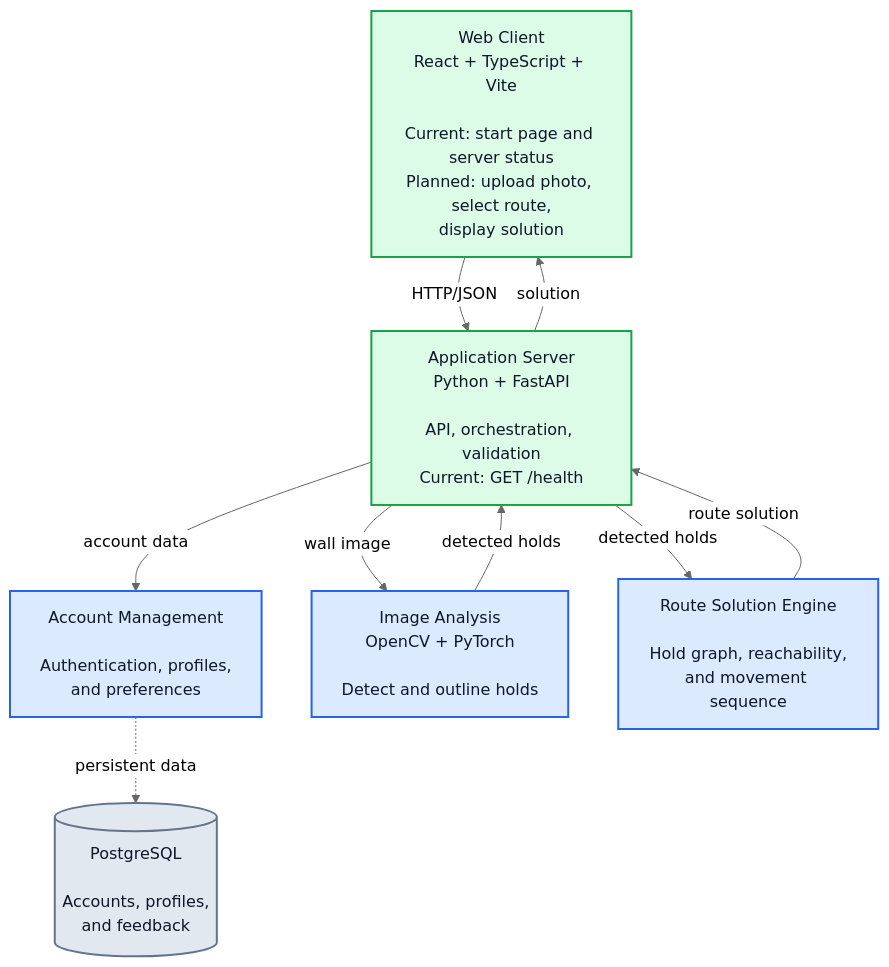
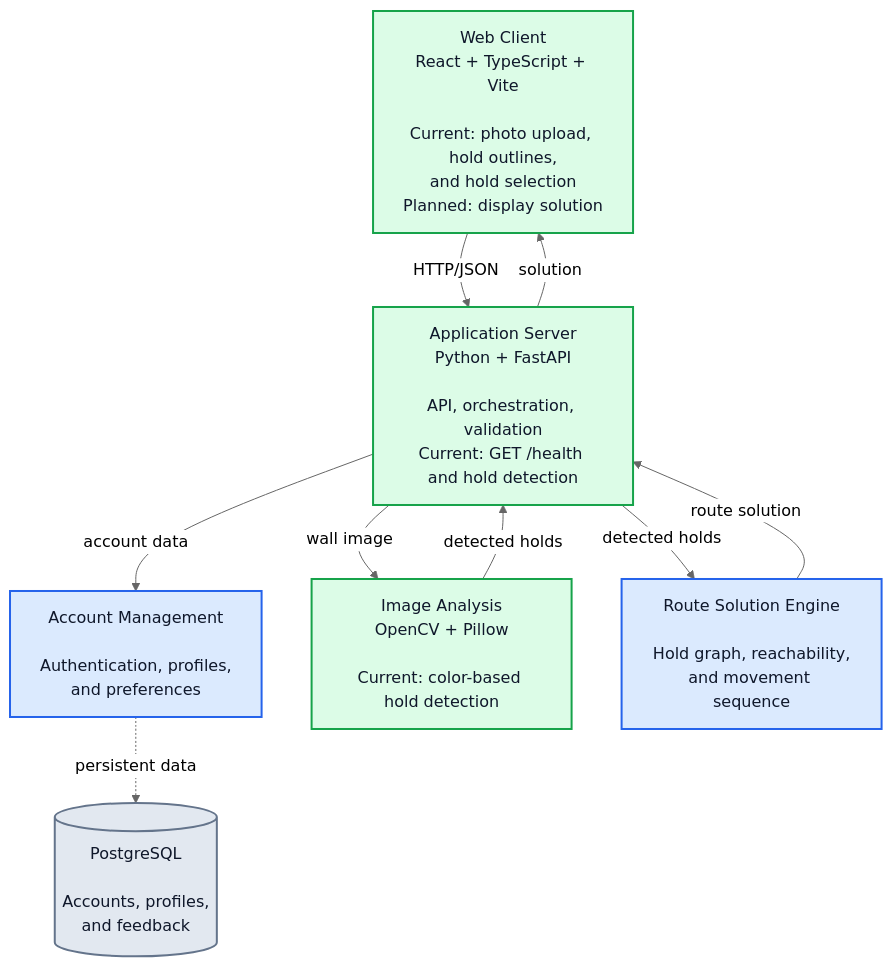
The diagram in README.md (stevenrocca3/ClimbAssist), drawn with Mermaid (neutral theme) before and after one commit. The commit also changed other lines of this file and 5 other files, not shown here.

Commit message:
Add hold selection and manual corrections

````diff
--- a/README.md
+++ b/README.md
@@ -34,25 +34,25 @@
 ```mermaid
 flowchart TB
-    client["Web Client<br/>React + TypeScript + Vite<br/><br/>Current: start page and server status<br/>Planned: upload photo, select route,<br/>display solution"]
-    server["Application Server<br/>Python + FastAPI<br/><br/>API, orchestration, validation<br/>Current: GET /health"]
+    client["Web Client<br/>React + TypeScript + Vite<br/><br/>Current: photo upload, hold outlines,<br/>and hold selection<br/>Planned: display solution"]
+    server["Application Server<br/>Python + FastAPI<br/><br/>API, orchestration, validation<br/>Current: GET /health and hold detection"]
     accounts["Account Management<br/><br/>Authentication, profiles,<br/>and preferences"]
-    analysis["Image Analysis<br/>OpenCV + PyTorch<br/><br/>Detect and outline holds"]
+    analysis["Image Analysis<br/>OpenCV + Pillow<br/><br/>Current: color-based hold detection"]
     solver["Route Solution Engine<br/><br/>Hold graph, reachability,<br/>and movement sequence"]
     database[("PostgreSQL<br/><br/>Accounts, profiles,<br/>and feedback")]
 
     client -->|"HTTP/JSON"| server
     server -->|"account data"| accounts
     server -->|"wall image"| analysis
     analysis -->|"detected holds"| server
     server -->|"detected holds"| solver
     accounts -.->|"persistent data"| database
     solver -->|"route solution"| server
     server -->|"solution"| client
 
     classDef implemented fill:#dcfce7,stroke:#16a34a,stroke-width:2px,color:#0f172a
     classDef planned fill:#dbeafe,stroke:#2563eb,stroke-width:2px,color:#0f172a
     classDef data fill:#e2e8f0,stroke:#64748b,stroke-width:2px,color:#0f172a
-    class client,server implemented
-    class accounts,analysis,solver planned
+    class client,server,analysis implemented
+    class accounts,solver planned
     class database data
 ```
````
